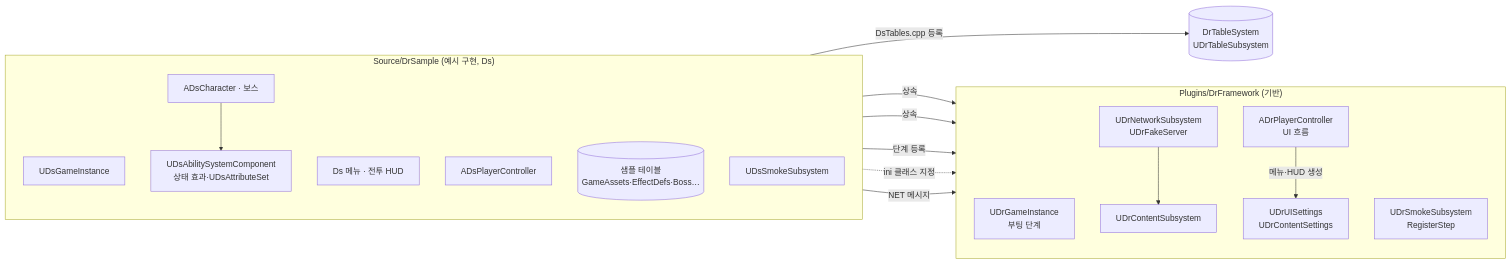
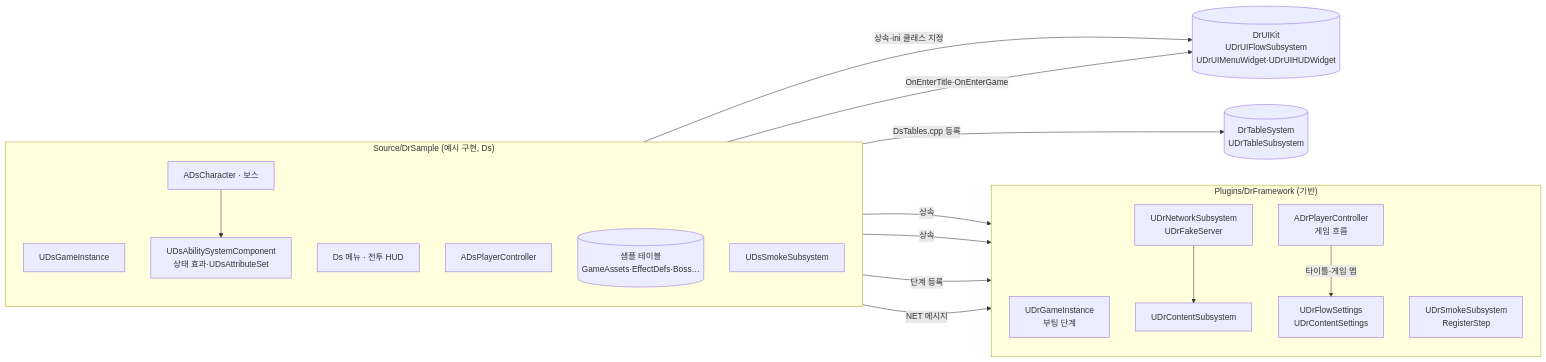
Before and after one commit to ldnjin81/DrSample: the diagram in README.md, drawn with Mermaid. The commit also changed other lines of this file and 16 other files, not shown here.

First line of the commit message:
DrUIKit 적용(DrFramework 0.3.0): 메뉴·HUD는 UDrUIMenuWidget·UDrUIHUDWidget 파생, UI 흐름은 UDrUIFlowSubsystem(컨트롤러 OnEnterTitle·OnEnterGame에서 시작, 사망 중 CanOpenPauseMenu), 설정은 DrUIKitSettings·DrFlowSettings, 스모크·메뉴 테스트·문서 갱신

````diff
--- a/README.md
+++ b/README.md
@@ -42,31 +43,32 @@
 ```mermaid
 flowchart LR
 subgraph PLUG["Plugins/DrFramework (기반)"]
 direction TB
 GI["UDrGameInstance<br/>부팅 단계"]
 NET["UDrNetworkSubsystem<br/>UDrFakeServer"]
 CON["UDrContentSubsystem"]
-PC["ADrPlayerController<br/>UI 흐름"]
-SET["UDrUISettings<br/>UDrContentSettings"]
+PC["ADrPlayerController<br/>게임 흐름"]
+SET["UDrFlowSettings<br/>UDrContentSettings"]
 SMK["UDrSmokeSubsystem<br/>RegisterStep"]
 end
 subgraph SAMPLE["Source/DrSample (예시 구현, Ds)"]
 direction TB
 DGI["UDsGameInstance"]
 DCH["ADsCharacter · 보스"]
 DASC["UDsAbilitySystemComponent<br/>상태 효과·UDsAttributeSet"]
 DUI["Ds 메뉴 · 전투 HUD"]
 DPC["ADsPlayerController"]
 DT[("샘플 테이블<br/>GameAssets·EffectDefs·Boss…")]
 DSM["UDsSmokeSubsystem"]
 end
 DGI -->|상속| GI
 DCH --> DASC
 DPC -->|상속| PC
 DSM -->|단계 등록| SMK
-DUI -.->|ini 클래스 지정| SET
+DUI -->|상속·ini 클래스 지정| UIK[("DrUIKit<br/>UDrUIFlowSubsystem<br/>UDrUIMenuWidget·UDrUIHUDWidget")]
+DPC -->|OnEnterTitle·OnEnterGame| UIK
 DCH -->|NET 메시지| NET
 DT -->|DsTables.cpp 등록| TBS[("DrTableSystem<br/>UDrTableSubsystem")]
 NET --> CON
-PC -->|메뉴·HUD 생성| SET
+PC -->|타이틀·게임 맵| SET
 ```
````
